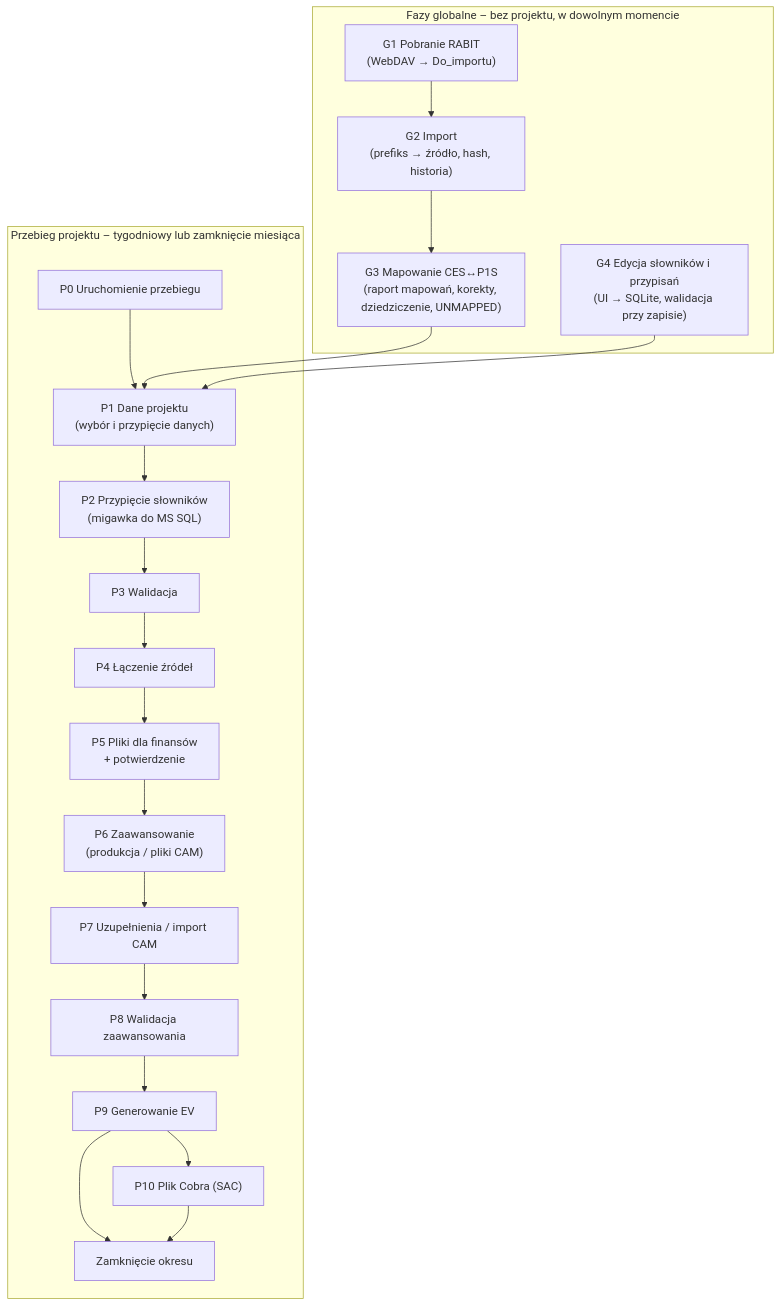
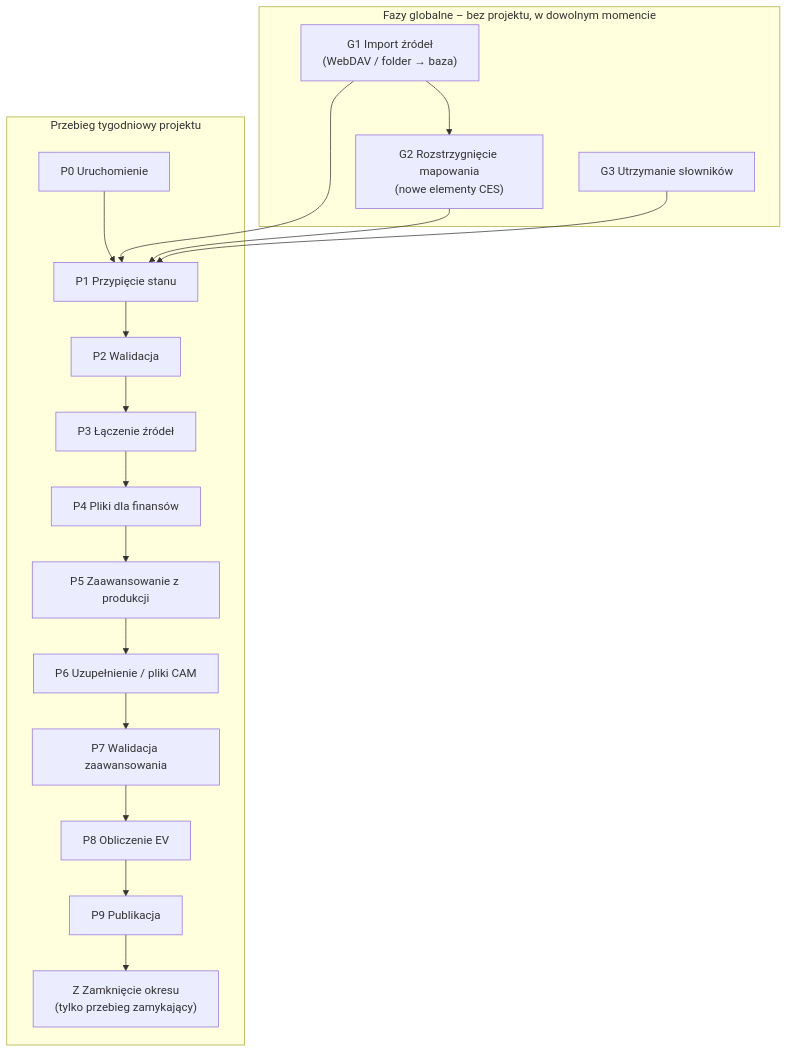
Before and after one commit to skrobi/ahd: the diagram in docs/pipeline-fazy.md, drawn with Mermaid. The commit also changed other lines of this file and 11 other files, not shown here.

````diff
--- a/docs/pipeline-fazy.md
+++ b/docs/pipeline-fazy.md
@@ -63,24 +76,22 @@
 ```mermaid
 flowchart TD
   subgraph G["Fazy globalne – bez projektu, w dowolnym momencie"]
-    G1["G1 Pobranie RABIT<br/>(WebDAV → Do_importu)"] --> G2["G2 Import<br/>(prefiks → źródło, hash, historia)"]
-    G2 --> G3["G3 Mapowanie CES↔P1S<br/>(raport mapowań, korekty, dziedziczenie, UNMAPPED)"]
-    G4["G4 Edycja słowników i przypisań<br/>(UI → SQLite, walidacja przy zapisie)"]
+    G1["G1 Import źródeł<br/>(WebDAV / folder → baza)"] --> G2["G2 Rozstrzygnięcie mapowania<br/>(nowe elementy CES)"]
+    G3["G3 Utrzymanie słowników"]
   end
-  subgraph P["Przebieg projektu – tygodniowy lub zamknięcie miesiąca"]
-    P0["P0 Uruchomienie przebiegu"] --> P1
-    P1["P1 Dane projektu<br/>(wybór i przypięcie danych)"] --> P2["P2 Przypięcie słowników<br/>(migawka do MS SQL)"]
-    P2 --> P3["P3 Walidacja"]
-    P3 --> P4["P4 Łączenie źródeł"]
-    P4 --> P5["P5 Pliki dla finansów<br/>+ potwierdzenie"]
-    P5 --> P6["P6 Zaawansowanie<br/>(produkcja / pliki CAM)"]
-    P6 --> P7["P7 Uzupełnienia / import CAM"]
-    P7 --> P8["P8 Walidacja zaawansowania"]
-    P8 --> P9["P9 Generowanie EV"]
-    P9 --> P10["P10 Plik Cobra (SAC)"]
-    P9 --> Z["Zamknięcie okresu"]
-    P10 --> Z
+  subgraph P["Przebieg tygodniowy projektu"]
+    P0["P0 Uruchomienie"] --> P1["P1 Przypięcie stanu"]
+    P1 --> P2["P2 Walidacja"]
+    P2 --> P3["P3 Łączenie źródeł"]
+    P3 --> P4["P4 Pliki dla finansów"]
+    P4 --> P5["P5 Zaawansowanie z produkcji"]
+    P5 --> P6["P6 Uzupełnienie / pliki CAM"]
+    P6 --> P7["P7 Walidacja zaawansowania"]
+    P7 --> P8["P8 Obliczenie EV"]
+    P8 --> P9["P9 Publikacja"]
+    P9 --> Z["Z Zamknięcie okresu<br/>(tylko przebieg zamykający)"]
   end
+  G1 --> P1
+  G2 --> P1
   G3 --> P1
-  G4 --> P1
 ```
````
